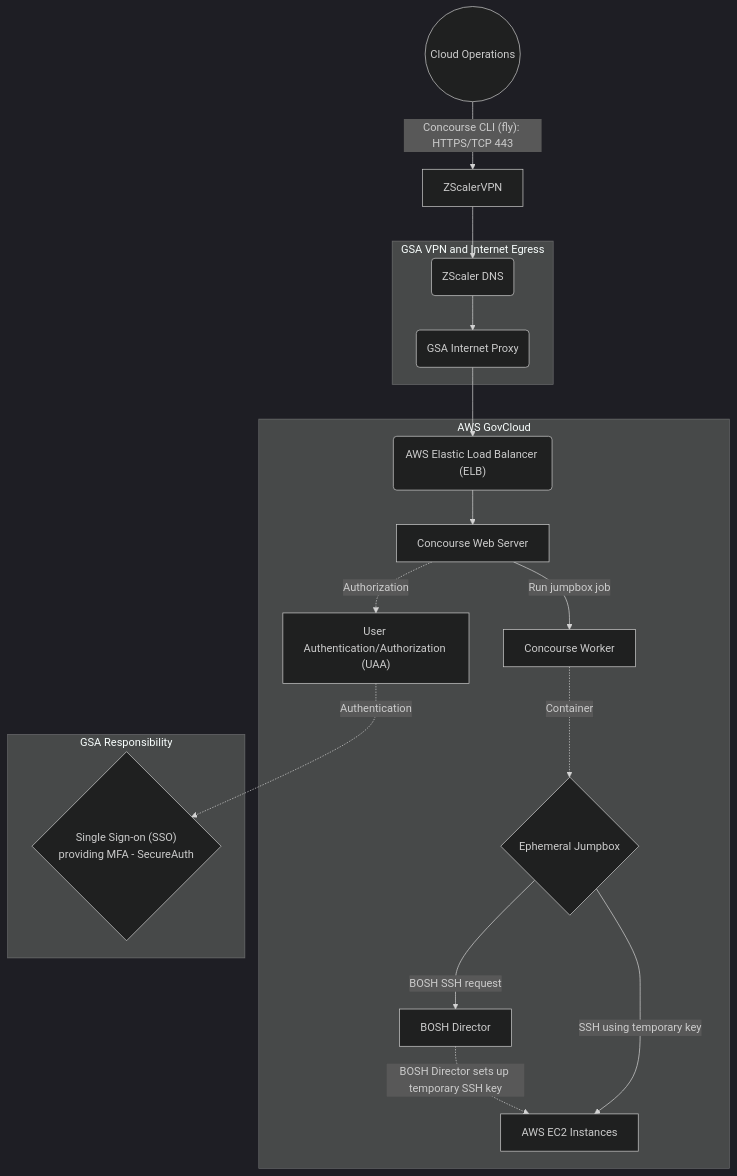
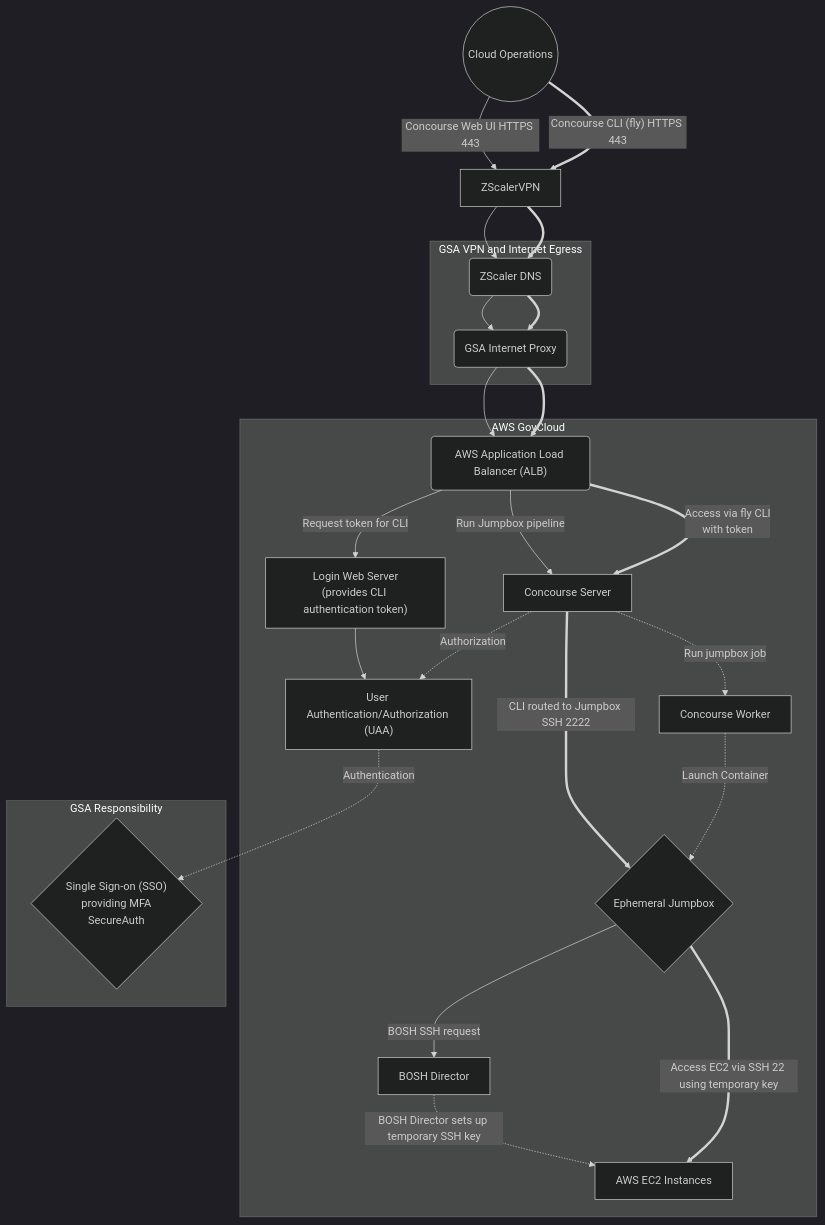
One commit to cloud-gov/system-diagrams changed the diagram in source/diagrams/10-4.2-jumpbox.mmd. Above: the diagram before and after it, drawn with Mermaid (dark theme).

Commit message:
update jumpbox flow

```diff
--- a/source/diagrams/10-4.2-jumpbox.mmd
+++ b/source/diagrams/10-4.2-jumpbox.mmd
@@ -1,32 +1,37 @@
 %% title: 10-4.2 Jumpbox Data Flow
 %% description: Section 10 - System Environment - Figure 10-4.2 Jumpbox Data Flow
 graph TD
 
   subgraph AWS GovCloud
     UAA["User Authentication/Authorization (UAA)"]
-    web["Concourse Web Server"]
+    concourse["Concourse Server"]
     worker[Concourse Worker]
     Jumpbox{Ephemeral Jumpbox}
     BOSH[BOSH Director]
     EC2[AWS EC2 Instances]
-    ELB("AWS Elastic Load Balancer (ELB)")
+    ALB("AWS Application Load Balancer (ALB)")
+    login["Login Web Server<br>(provides CLI authentication token)"]
   end
   subgraph GSA Responsibility
-    SAML{"Single Sign-on (SSO)<br>providing MFA - SecureAuth"}
+    SAML{"Single Sign-on (SSO)<br>providing MFA<br>SecureAuth"}
   end
   subgraph GSA VPN and Internet Egress
     ZScalerDNS("ZScaler DNS")
     GSAProxy("GSA Internet Proxy")
   end
 
   Ops((Cloud Operations))
 
-  Ops--"Concourse CLI (fly): HTTPS/TCP 443"-->ZScalerVPN-->ZScalerDNS-->GSAProxy-->ELB
-  ELB-->web
+  Ops--"Concourse Web UI HTTPS 443"-->ZScalerVPN-->ZScalerDNS-->GSAProxy-->ALB
+  Ops=="Concourse CLI (fly) HTTPS 443"==>ZScalerVPN==>ZScalerDNS==>GSAProxy==>ALB
+  ALB--Run Jumpbox pipeline-->concourse
+  ALB==Access via fly CLI<br>with token==>concourse
+  concourse==CLI routed to Jumpbox SSH 2222==>Jumpbox
+  ALB--Request token for CLI-->login-->UAA
   UAA-.Authentication.->SAML
-  web-.Authorization.->UAA
-  web--Run jumpbox job-->worker
-  worker-.Container.->Jumpbox
+  concourse-.Authorization.->UAA
+  concourse-.Run jumpbox job.->worker
+  worker-.Launch Container.->Jumpbox
   Jumpbox--BOSH SSH request-->BOSH
   BOSH-.BOSH Director sets up temporary SSH key.->EC2
-  Jumpbox--SSH using temporary key-->EC2
+  Jumpbox==Access EC2 via SSH 22 using temporary key==>EC2
```
